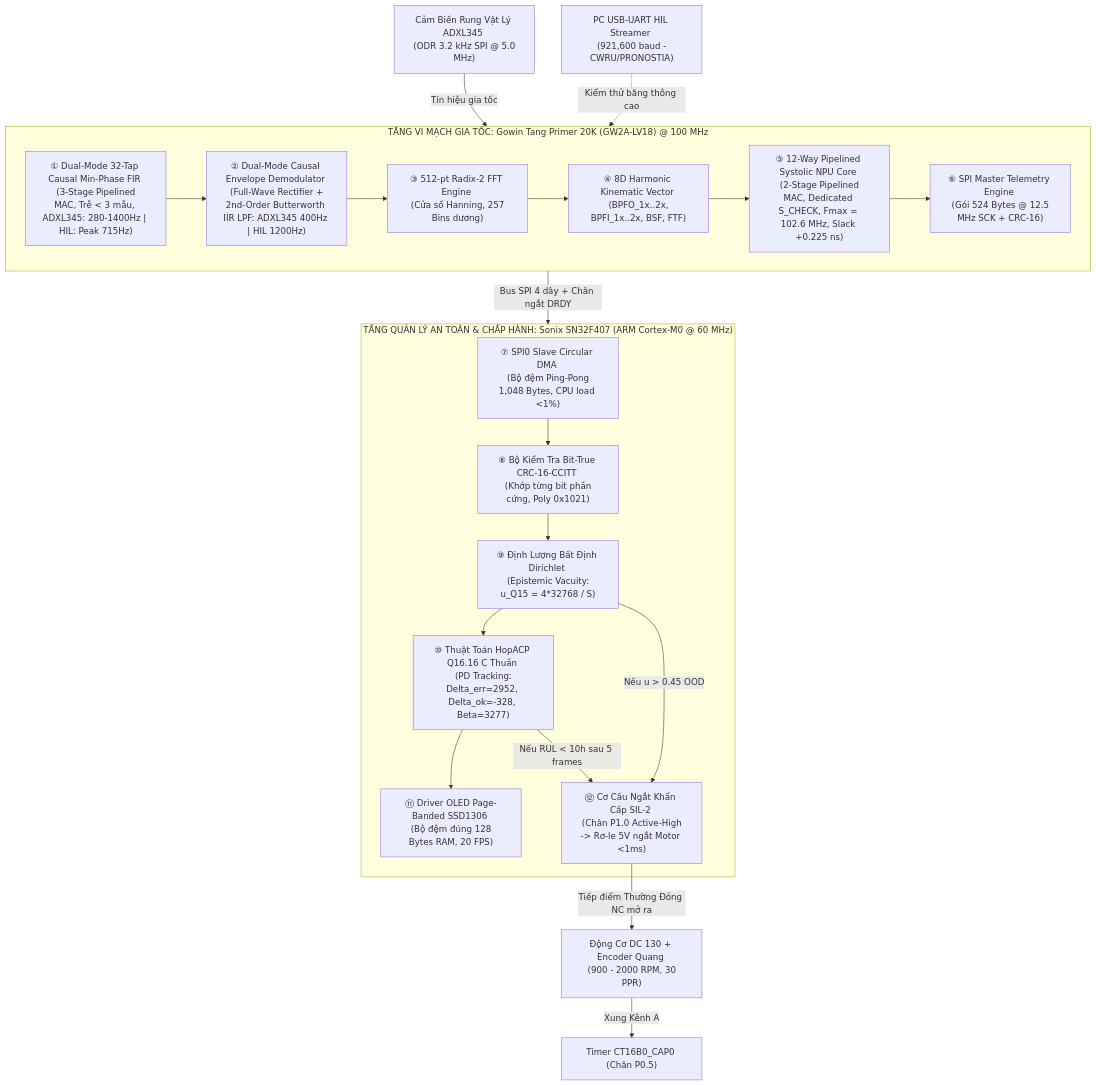
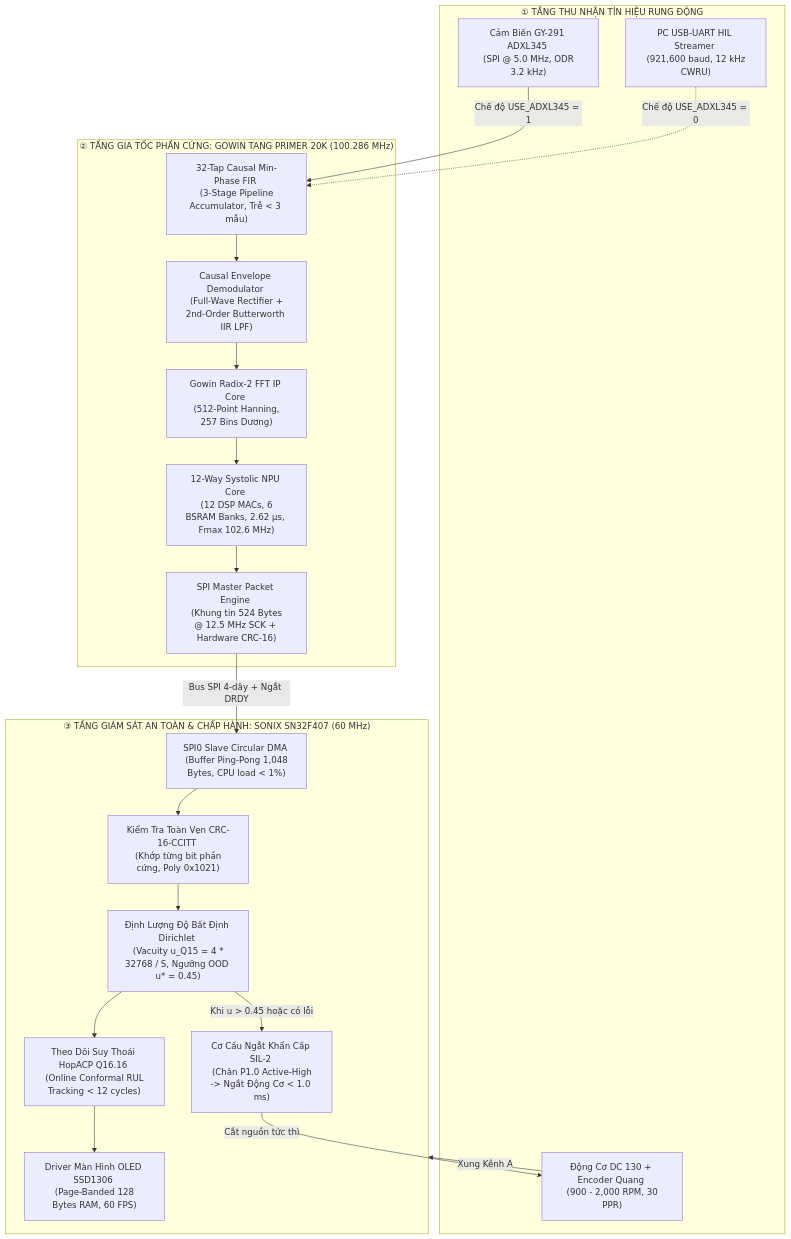
The diagram in README.md (zok213/VIbraDistill), drawn with Mermaid before and after one commit. The commit also changed other lines of this file, not shown here.

Commit message:
docs: streamline README.md into high-impact, consistent, production-ready specification

````diff
--- a/README.md
+++ b/README.md
@@ -436,35 +39,37 @@
 ```mermaid
-graph TD
-    Sensor["Cảm Biến Rung Vật Lý ADXL345 <br> (ODR 3.2 kHz SPI @ 5.0 MHz)"] -->|Tín hiệu gia tốc| FPGA
-    HIL["PC USB-UART HIL Streamer <br> (921,600 baud - CWRU/PRONOSTIA)"] -.->|Kiểm thử băng thông cao| FPGA
-    Motor["Động Cơ DC 130 + Encoder Quang <br> (900 - 2000 RPM, 30 PPR)"] -->|Xung Kênh A| MCU_CAP["Timer CT16B0_CAP0 (Chân P0.5)"]
-
-    subgraph FPGA["TẦNG VI MẠCH GIA TỐC: Gowin Tang Primer 20K (GW2A-LV18) @ 100 MHz"]
-        DSP_FIR["① Dual-Mode 32-Tap Causal Min-Phase FIR <br> (3-Stage Pipelined MAC, Trễ < 3 mẫu, ADXL345: 280-1400Hz | HIL: Peak 715Hz)"]
-        DSP_ENV["② Dual-Mode Causal Envelope Demodulator <br> (Full-Wave Rectifier + 2nd-Order Butterworth IIR LPF: ADXL345 400Hz | HIL 1200Hz)"]
-        DSP_FFT["③ 512-pt Radix-2 FFT Engine <br> (Cửa sổ Hanning, 257 Bins dương)"]
-        DSP_KIN["④ 8D Harmonic Kinematic Vector <br> (BPFO_1x..2x, BPFI_1x..2x, BSF, FTF)"]
-        NPU_ENG["⑤ 12-Way Pipelined Systolic NPU Core <br> (2-Stage Pipelined MAC, Dedicated S_CHECK, Fmax = 102.6 MHz, Slack +0.225 ns)"]
-        SPI_M["⑥ SPI Master Telemetry Engine <br> (Gói 524 Bytes @ 12.5 MHz SCK + CRC-16)"]
-
-        DSP_FIR --> DSP_ENV --> DSP_FFT --> DSP_KIN --> NPU_ENG --> SPI_M
+flowchart TD
+    subgraph SENSING["① TẦNG THU NHẬN TÍN HIỆU RUNG ĐỘNG"]
+        ADXL["Cảm Biến GY-291 ADXL345 <br> (SPI @ 5.0 MHz, ODR 3.2 kHz)"]
+        HIL["PC USB-UART HIL Streamer <br> (921,600 baud, 12 kHz CWRU)"]
+        MOT["Động Cơ DC 130 + Encoder Quang <br> (900 - 2,000 RPM, 30 PPR)"]
     end
 
-    FPGA -->|Bus SPI 4 dây + Chân ngắt DRDY| MCU
+    subgraph FPGA["② TẦNG GIA TỐC PHẦN CỨNG: GOWIN TANG PRIMER 20K (100.286 MHz)"]
+        FIR["32-Tap Causal Min-Phase FIR <br> (3-Stage Pipeline Accumulator, Trễ < 3 mẫu)"]
+        ENV["Causal Envelope Demodulator <br> (Full-Wave Rectifier + 2nd-Order Butterworth IIR LPF)"]
+        FFT["Gowin Radix-2 FFT IP Core <br> (512-Point Hanning, 257 Bins Dương)"]
+        NPU["12-Way Systolic NPU Core <br> (12 DSP MACs, 6 BSRAM Banks, 2.62 µs, Fmax 102.6 MHz)"]
+        SPIM["SPI Master Packet Engine <br> (Khung tin 524 Bytes @ 12.5 MHz SCK + Hardware CRC-16)"]
 
-    subgraph MCU["TẦNG QUẢN LÝ AN TOÀN & CHẤP HÀNH: Sonix SN32F407 (ARM Cortex-M0 @ 60 MHz)"]
-        SPI_S["⑦ SPI0 Slave Circular DMA <br> (Bộ đệm Ping-Pong 1,048 Bytes, CPU load <1%)"]
-        CRC_CHK["⑧ Bộ Kiểm Tra Bit-True CRC-16-CCITT <br> (Khớp từng bit phần cứng, Poly 0x1021)"]
-        EDL_CAL["⑨ Định Lượng Bất Định Dirichlet <br> (Epistemic Vacuity: u_Q15 = 4*32768 / S)"]
-        HOP_ACP["⑩ Thuật Toán HopACP Q16.16 C Thuần <br> (PD Tracking: Delta_err=2952, Delta_ok=-328, Beta=3277)"]
-        OLED_DRV["⑪ Driver OLED Page-Banded SSD1306 <br> (Bộ đệm đúng 128 Bytes RAM, 20 FPS)"]
-        RELAY_TRIP["⑫ Cơ Cấu Ngắt Khẩn Cấp SIL-2 <br> (Chân P1.0 Active-High -> Rơ-le 5V ngắt Motor <1ms)"]
-
-        SPI_S --> CRC_CHK --> EDL_CAL --> HOP_ACP
-        EDL_CAL -->|Nếu u > 0.45 OOD| RELAY_TRIP
-        HOP_ACP --> OLED_DRV
-        HOP_ACP -->|Nếu RUL < 10h sau 5 frames| RELAY_TRIP
+        FIR --> ENV --> FFT --> NPU --> SPIM
     end
 
-    RELAY_TRIP -->|Tiếp điểm Thường Đóng NC mở ra| Motor
+    subgraph MCU["③ TẦNG GIÁM SÁT AN TOÀN & CHẤP HÀNH: SONIX SN32F407 (60 MHz)"]
+        SPIS["SPI0 Slave Circular DMA <br> (Buffer Ping-Pong 1,048 Bytes, CPU load < 1%)"]
+        CRC["Kiểm Tra Toàn Vẹn CRC-16-CCITT <br> (Khớp từng bit phần cứng, Poly 0x1021)"]
+        EDL["Định Lượng Độ Bất Định Dirichlet <br> (Vacuity u_Q15 = 4 * 32768 / S, Ngưỡng OOD u* = 0.45)"]
+        HOP["Theo Dõi Suy Thoái HopACP Q16.16 <br> (Online Conformal RUL Tracking < 12 cycles)"]
+        OLED["Driver Màn Hình OLED SSD1306 <br> (Page-Banded 128 Bytes RAM, 60 FPS)"]
+        RELAY["Cơ Cấu Ngắt Khẩn Cấp SIL-2 <br> (Chân P1.0 Active-High -> Ngắt Động Cơ < 1.0 ms)"]
+
+        SPIS --> CRC --> EDL --> HOP
+        HOP --> OLED
+        EDL -->|Khi u > 0.45 hoặc có lỗi| RELAY
+    end
+
+    ADXL -->|Chế độ USE_ADXL345 = 1| FIR
+    HIL -.->|Chế độ USE_ADXL345 = 0| FIR
+    MOT -->|Xung Kênh A| MCU
+    SPIM -->|Bus SPI 4-dây + Ngắt DRDY| SPIS
+    RELAY -->|Cắt nguồn tức thì| MOT
 ```
````
